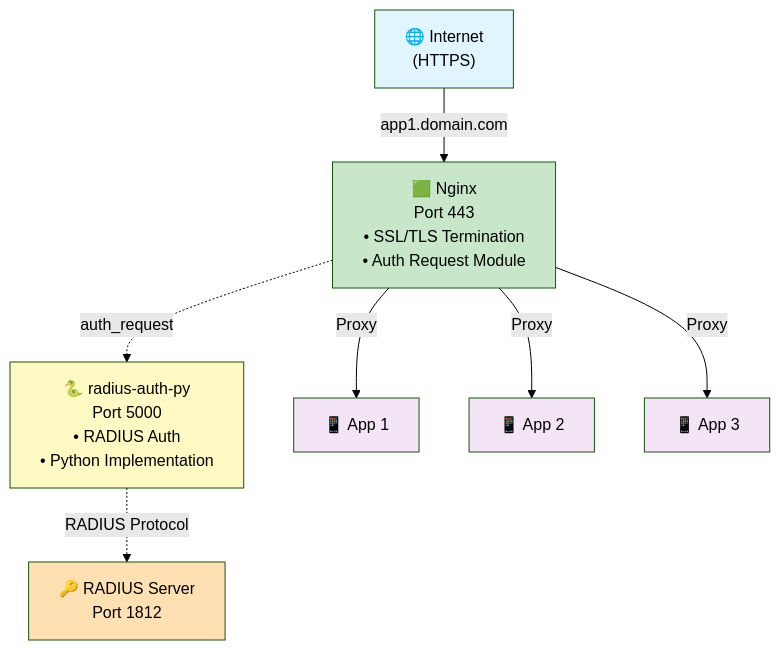
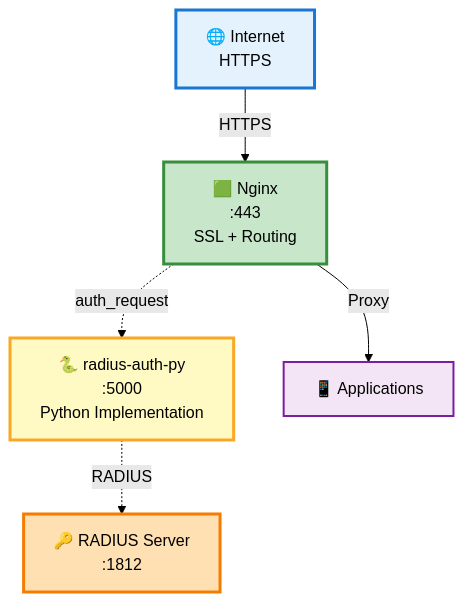
One commit to okigan/revproxauth changed the fourth of 4 diagrams in README.md. Above: the diagram before and after it, drawn with Mermaid (forest theme). The commit also changed other lines of this file and 3 other files, not shown here.

First line of the commit message:
Update README diagrams and wording; add Python packaging & multi-stage Dockerfile for radius-auth-py

````diff
--- a/README.md
+++ b/README.md
@@ -172,25 +154,19 @@
 ```mermaid
 graph TB
-    Internet["🌐 Internet<br/>(HTTPS)"]
-    Nginx["🟩 Nginx<br/>Port 443<br/>• SSL/TLS Termination<br/>• Auth Request Module"]
-    AuthPy["🐍 radius-auth-py<br/>Port 5000<br/>• RADIUS Auth<br/>• Python Implementation"]
-    RADIUS["🔑 RADIUS Server<br/>Port 1812"]
-    App1["📱 App 1"]
-    App2["📱 App 2"]
-    App3["📱 App 3"]
+    Internet["🌐 Internet<br/>HTTPS"]
+    Nginx["🟩 Nginx<br/>:443<br/>SSL + Routing"]
+    AuthPy["🐍 radius-auth-py<br/>:5000<br/>Python Implementation"]
+    RADIUS["🔑 RADIUS Server<br/>:1812"]
+    Apps["📱 Applications"]
     
-    Internet -->|"app1.domain.com"| Nginx
-    Nginx -.->|"auth_request"| AuthPy
-    AuthPy -.->|"RADIUS Protocol"| RADIUS
-    Nginx -->|"Proxy"| App1
-    Nginx -->|"Proxy"| App2
-    Nginx -->|"Proxy"| App3
+    Internet -->|HTTPS| Nginx
+    Nginx -.->|auth_request| AuthPy
+    AuthPy -.->|RADIUS| RADIUS
+    Nginx -->|Proxy| Apps
     
-    style Internet fill:#e1f5ff
-    style Nginx fill:#c8e6c9
-    style AuthPy fill:#fff9c4
-    style RADIUS fill:#ffe0b2
-    style App1 fill:#f3e5f5
-    style App2 fill:#f3e5f5
-    style App3 fill:#f3e5f5
+    style Internet fill:#e3f2fd,stroke:#1976d2,stroke-width:3px
+    style Nginx fill:#c8e6c9,stroke:#388e3c,stroke-width:3px
+    style AuthPy fill:#fff9c4,stroke:#f9a825,stroke-width:3px
+    style RADIUS fill:#ffe0b2,stroke:#f57c00,stroke-width:3px
+    style Apps fill:#f3e5f5,stroke:#7b1fa2,stroke-width:2px
 ```
````
